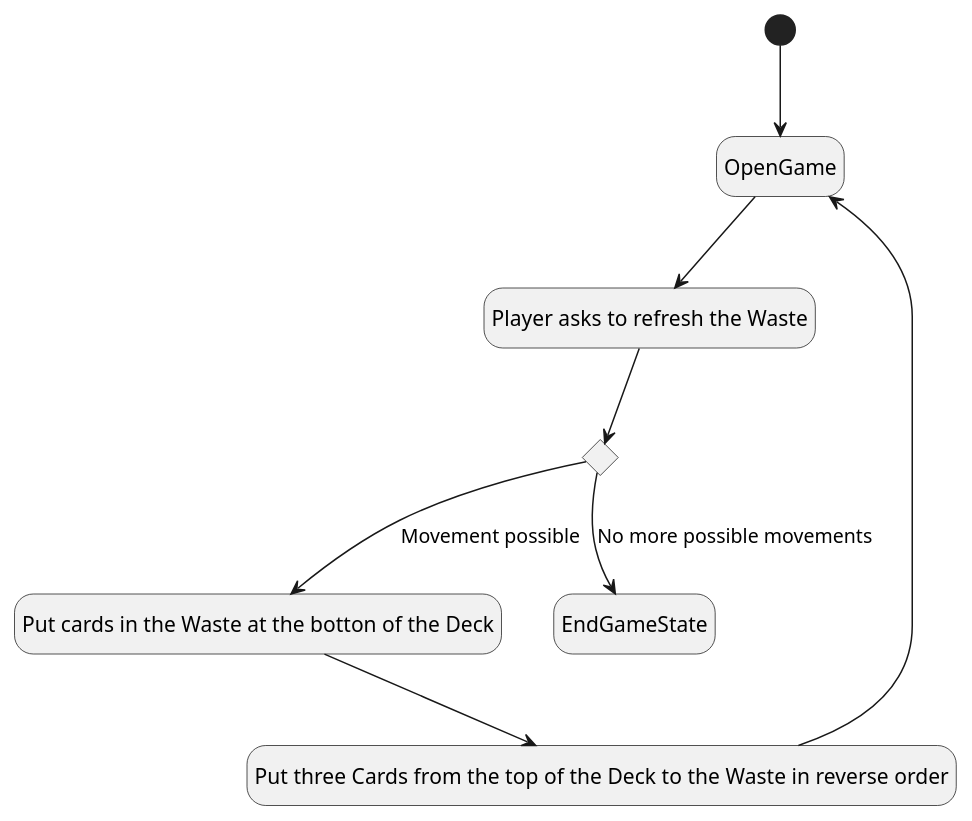
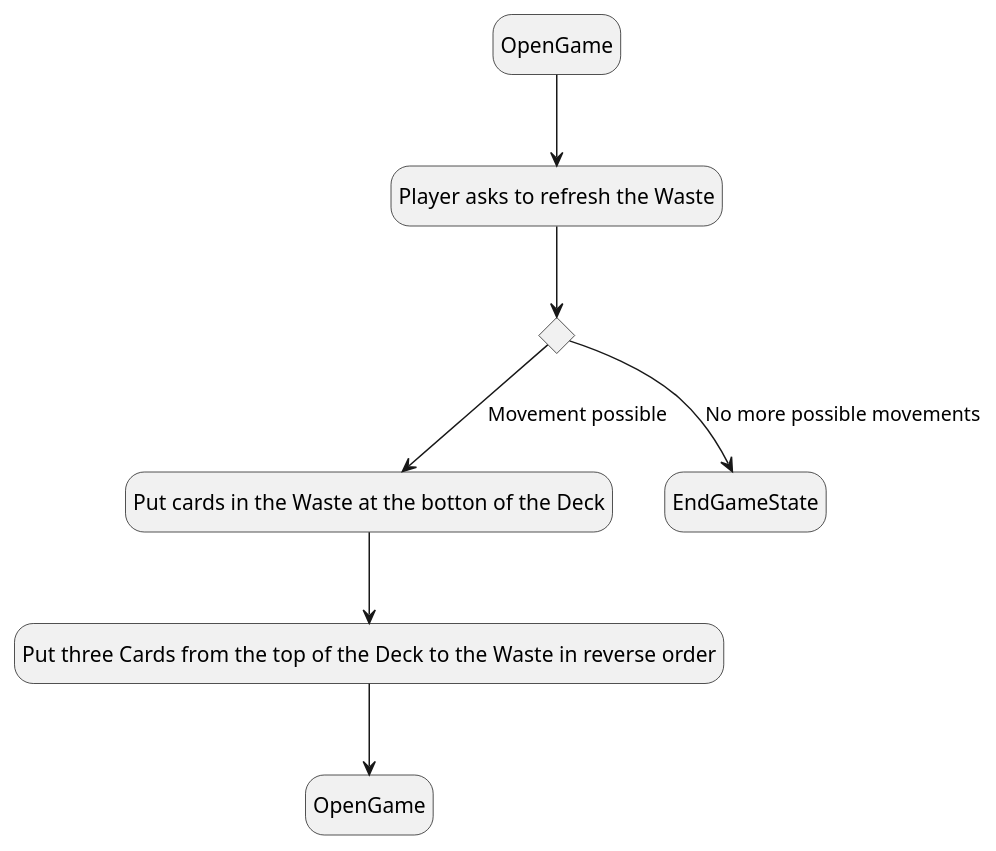
One commit to Troteaga/klondike changed the third of 15 diagrams in docs/UseCases.plantuml. Above: the diagram before and after it, drawn with PlantUML. The commit also changed other lines of this file and 1 other file, not shown here.

Commit message:
States moved to clarify main flow

```diff
--- a/docs/UseCases.plantuml
+++ b/docs/UseCases.plantuml
@@ -17,17 +17,17 @@
 @startuml Player Flips Deck
 
 state choice1 <<choice>> 
 hide empty description 
+state "OpenGame" as 0
 state "Player asks to refresh the Waste" as 1
 state "Put cards in the Waste at the botton of the Deck" as 2
 state "Put three Cards from the top of the Deck to the Waste in reverse order" as 3
 
-[*] -down-> OpenGame
-OpenGame -down-> 1
+0 -down-> 1
 
 1 -down-> choice1
 choice1 -down-> 2: Movement possible
 choice1 -down-> EndGameState: No more possible movements
 2 -down-> 3
-3-up-> OpenGame
+3-down-> OpenGame
 @enduml
```
